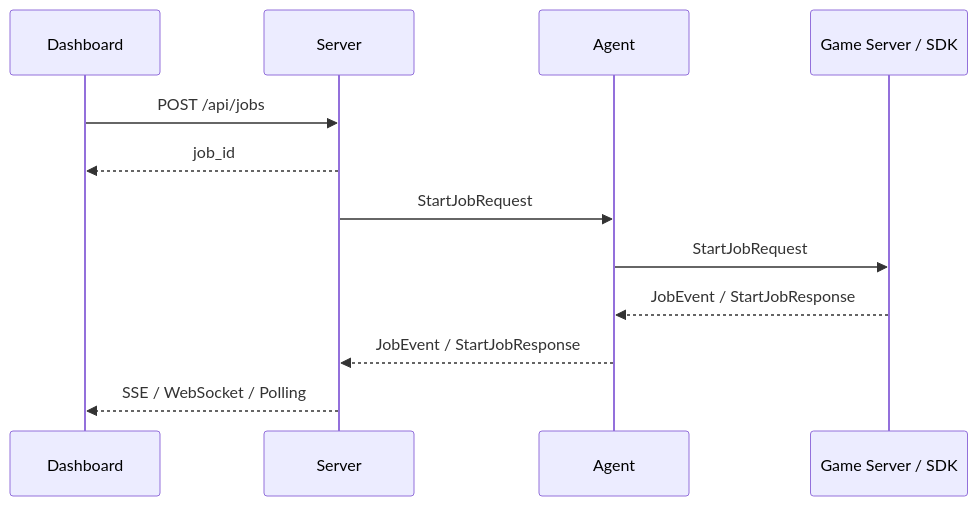
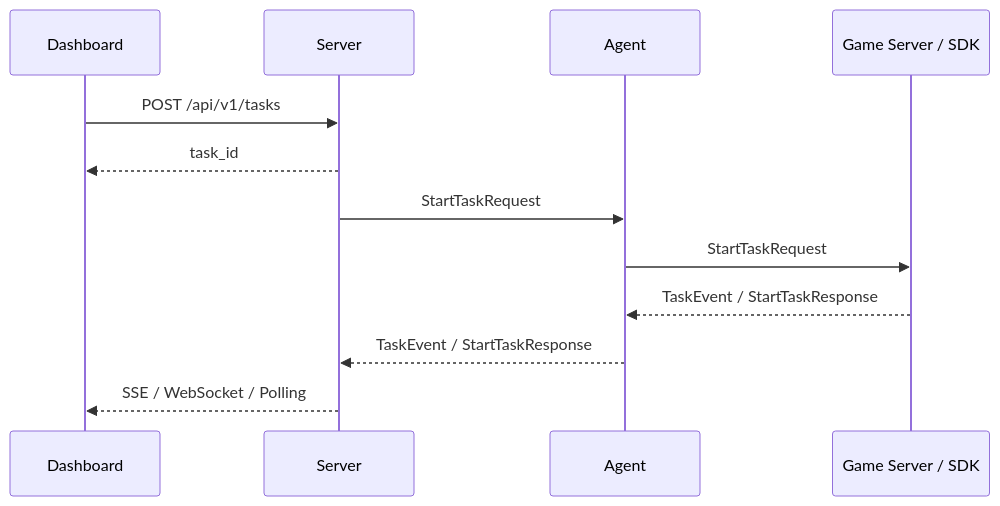
Before and after one commit to cuihairu/croupier: the fourth of 4 diagrams in docs/architecture/data-flow.md, drawn with Mermaid. The commit also changed other lines of this file and 109 other files, not shown here.

First line of the commit message:
refactor: 将 Job 重命名为 Task 并清理文档

````diff
--- a/docs/architecture/data-flow.md
+++ b/docs/architecture/data-flow.md
@@ -69,15 +69,15 @@
 ```mermaid
 sequenceDiagram
     participant UI as Dashboard
     participant Server as Server
     participant Agent as Agent
     participant App as Game Server / SDK
 
-    UI->>Server: POST /api/jobs
-    Server-->>UI: job_id
-    Server->>Agent: StartJobRequest
-    Agent->>App: StartJobRequest
-    App-->>Agent: JobEvent / StartJobResponse
-    Agent-->>Server: JobEvent / StartJobResponse
+    UI->>Server: POST /api/v1/tasks
+    Server-->>UI: task_id
+    Server->>Agent: StartTaskRequest
+    Agent->>App: StartTaskRequest
+    App-->>Agent: TaskEvent / StartTaskResponse
+    Agent-->>Server: TaskEvent / StartTaskResponse
     Server-->>UI: SSE / WebSocket / Polling
 ```
````
